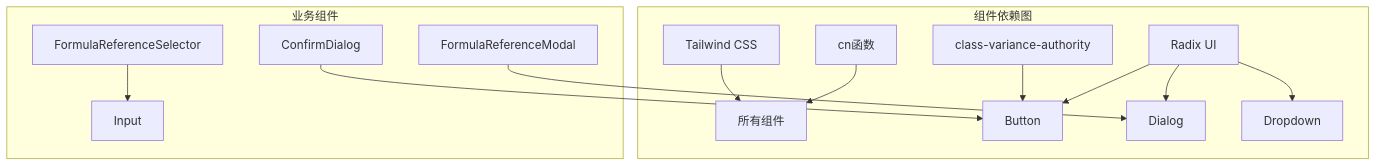
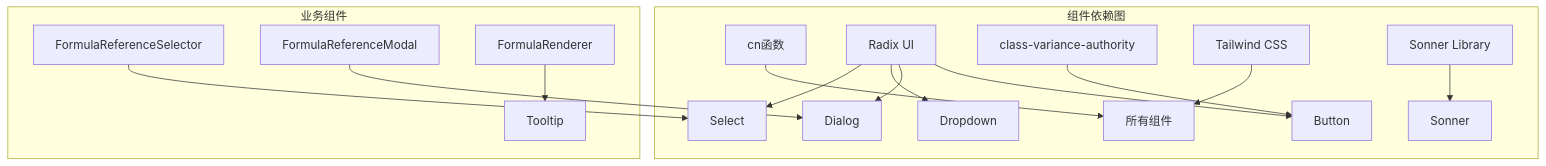
The eighth of 8 diagrams in .qoder/repowiki/zh/content/组件库/基础UI组件.md (steveyu2/formula-mapper), drawn with Mermaid before and after one commit. The commit also changed other lines of this file and 14 other files, not shown here.

````diff
--- a/.qoder/repowiki/zh/content/组件库/基础UI组件.md
+++ b/.qoder/repowiki/zh/content/组件库/基础UI组件.md
@@ -497,16 +706,18 @@
 ```mermaid
 graph TD
 subgraph "组件依赖图"
 Utils[cn函数] --> All[所有组件]
 Radix[Radix UI] --> Button
 Radix --> Dialog
 Radix --> Dropdown
+Radix --> Select
 CVa[class-variance-authority] --> Button
 Tailwind[Tailwind CSS] --> All
+SonnerLib[Sonner Library] --> Sonner
 end
 subgraph "业务组件"
-Confirm[ConfirmDialog] --> Button
-Selector[FormulaReferenceSelector] --> Input
+Selector[FormulaReferenceSelector] --> Select
 Modal[FormulaReferenceModal] --> Dialog
+Renderer[FormulaRenderer] --> Tooltip
 end
 ```
````
